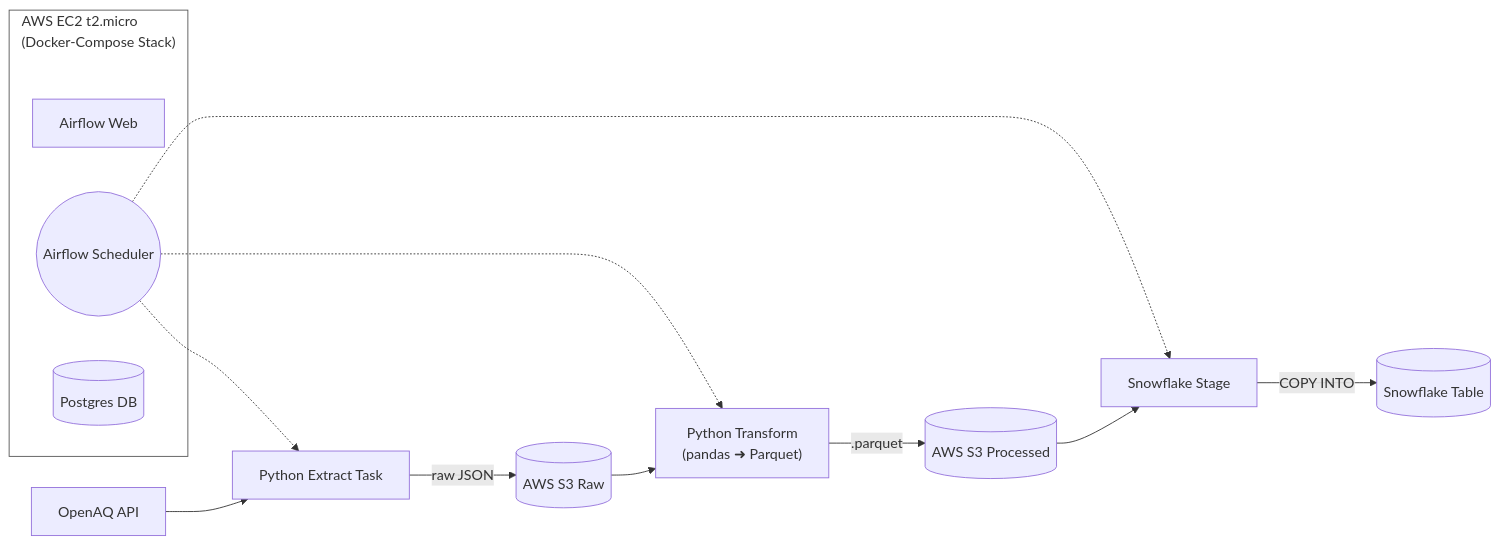
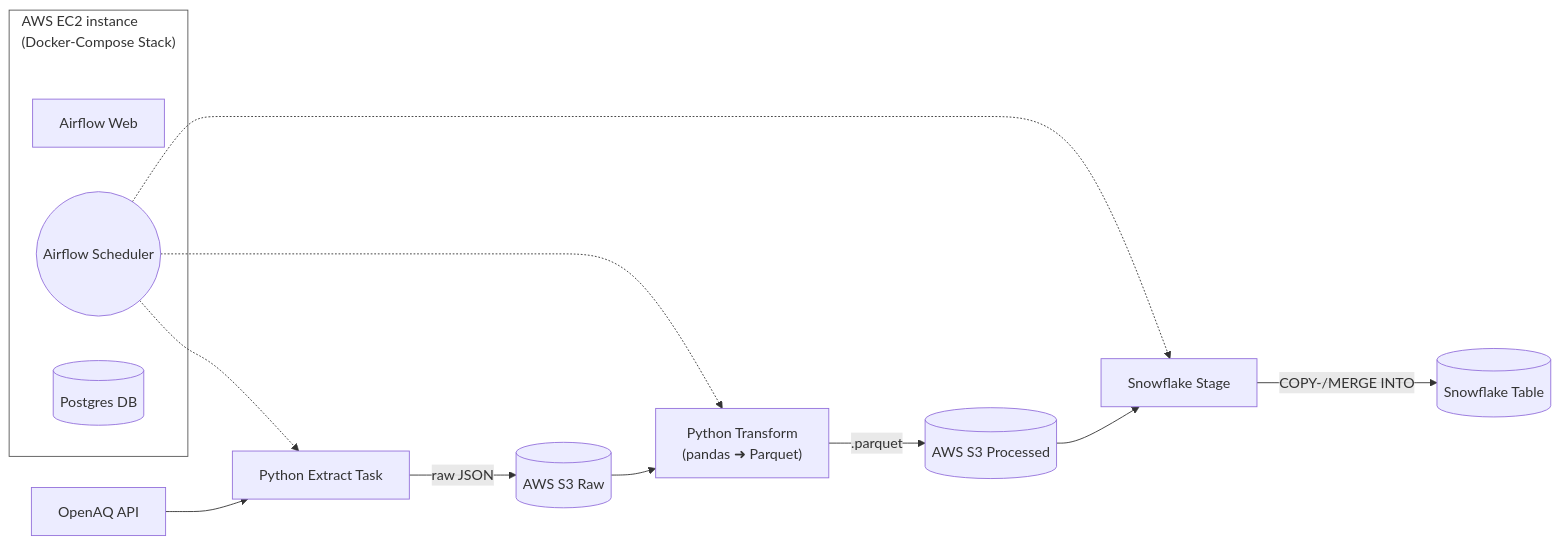
The diagram in README.md (LeoGr777/clean-air-pipeline), drawn with Mermaid before and after one commit. The commit also changed other lines of this file, not shown here.

````diff
--- a/README.md
+++ b/README.md
@@ -33,19 +36,19 @@
 ```mermaid
 flowchart LR
- subgraph EC2["AWS EC2 t2.micro<br>(Docker‑Compose Stack)"]
+ subgraph EC2["AWS EC2 instance<br>(Docker‑Compose Stack)"]
         spacer((" "))
         AFW["Airflow Web"]
         AFS(("Airflow Scheduler"))
         PG[("Postgres DB")]
   end
     OA["OpenAQ API"] --> EX["Python Extract Task"]
     AFS -.-> EX & TR["Python Transform<br>(pandas ➜ Parquet)"] & STG["Snowflake Stage"]
     EX -- raw JSON --> S3R[("AWS S3 Raw")]
     S3R --> TR
     TR -- ".parquet" --> S3P[("AWS S3 Processed")]
     S3P --> STG
-    STG -- COPY INTO --> SN[("Snowflake Table")]
+    STG -- COPY-/MERGE INTO --> SN[("Snowflake Table")]
      spacer:::invis
     classDef invis fill:none,stroke:none
     style EC2 fill:#ffffff,stroke:#555,stroke-width:1px,padding:20px
 ```
````
